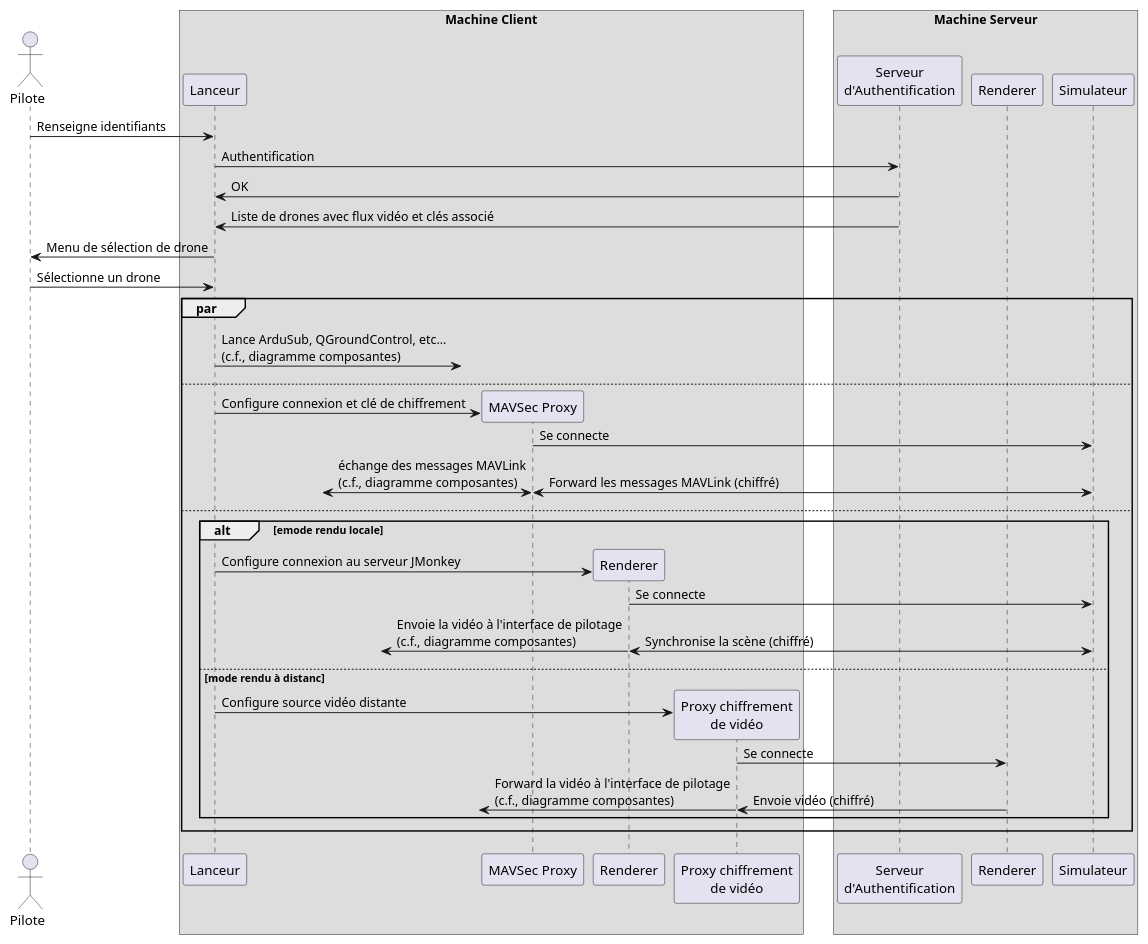
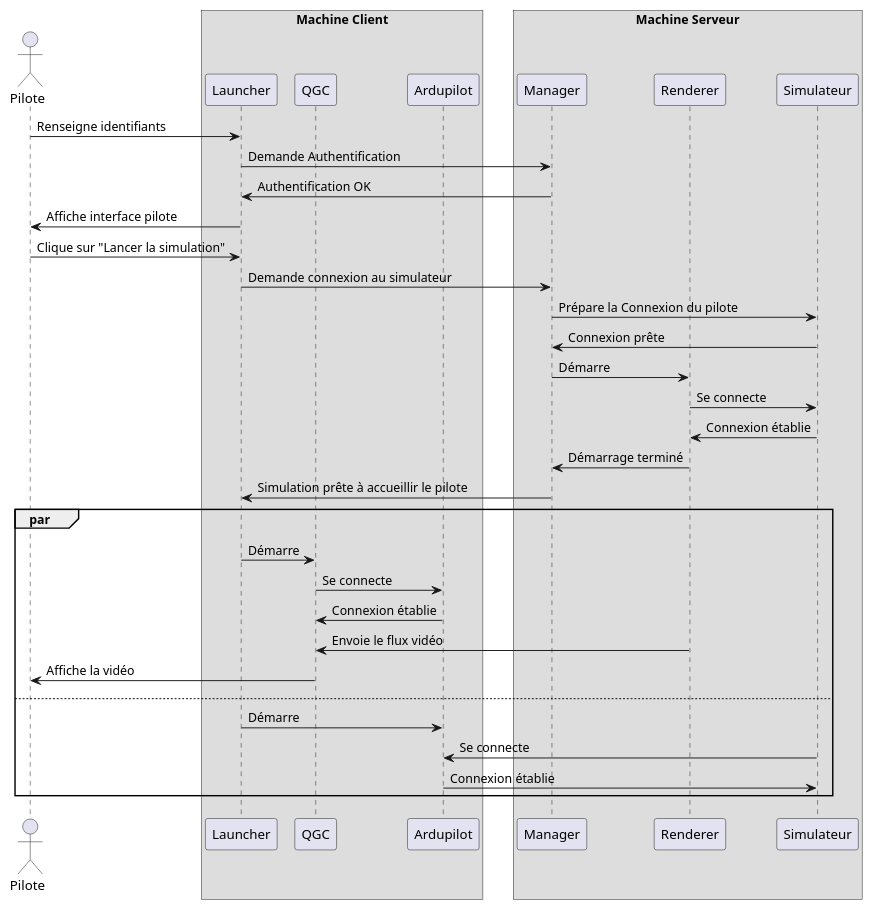
Before and after one commit to tombartos/SAE-DRONE: the diagram in doc/conn_pilote_seq.puml, drawn with PlantUML. The commit also changed 5 other files, not shown here.

```diff
--- a/doc/conn_pilote_seq.puml
+++ b/doc/conn_pilote_seq.puml
@@ -1,61 +1,53 @@
 @startuml
 
 !pragma teoz true
 
 skinparam BoxPadding 10
 
 actor Pilote
 
 box "Machine Client"
-    participant Lanceur
-    participant "MAVSec Proxy" as ProxyClient
-    participant "Renderer" as RendererLocal
-    participant "Proxy chiffrement\nde vidéo" as Décodeur
+    participant Launcher
+    participant "QGC" as QGC
+    participant "Ardupilot" as ArduPilot
 end box
 
 box "Machine Serveur"
-    participant "Serveur\nd'Authentification" as Auth
+    participant "Manager" as Manager
     participant "Renderer" as RendererRemote
     participant Simulateur
 end box
 
-Pilote -> Lanceur : Renseigne identifiants
-Lanceur -> Auth : Authentification
-Auth -> Lanceur : OK
-Auth -> Lanceur : Liste de drones avec flux vidéo et clés associé
-Lanceur -> Pilote : Menu de sélection de drone
-Pilote -> Lanceur : Sélectionne un drone
+Pilote -> Launcher : Renseigne identifiants
+Launcher -> Manager : Demande Authentification
+Manager -> Launcher : Authentification OK
+Launcher -> Pilote : Affiche interface pilote
+Pilote -> Launcher : Clique sur "Lancer la simulation"
+Launcher -> Manager : Demande connexion au simulateur
+Manager -> Simulateur : Prépare la Connexion du pilote
+Simulateur -> Manager : Connexion prête
+Manager -> RendererRemote : Démarre
+RendererRemote -> Simulateur : Se connecte
+Simulateur -> RendererRemote : Connexion établie
+RendererRemote -> Manager : Démarrage terminé
+Manager -> Launcher : Simulation prête à accueillir le pilote
 
 par
+Launcher -> QGC : Démarre
+QGC -> ArduPilot : Se connecte
+ArduPilot -> QGC : Connexion établie
+RendererRemote -> QGC : Envoie le flux vidéo
+QGC -> Pilote : Affiche la vidéo
+else
+Launcher -> ArduPilot : Démarre
+ArduPilot <- Simulateur : Se connecte
+Simulateur <- ArduPilot : Connexion établie
 
-Lanceur ->? : Lance ArduSub, QGroundControl, etc...\n(c.f., diagramme composantes)
 
-else
 
-Lanceur -> ProxyClient ** : Configure connexion et clé de chiffrement
 
-ProxyClient -> Simulateur : Se connecte
-?<-> ProxyClient : échange des messages MAVLink\n(c.f., diagramme composantes)
-& ProxyClient <-> Simulateur : Forward les messages MAVLink (chiffré)
 
-else
 
-alt emode rendu locale
 
-    Lanceur -> RendererLocal ** : Configure connexion au serveur JMonkey
-    RendererLocal -> Simulateur : Se connecte
-    RendererLocal <-> Simulateur : Synchronise la scène (chiffré)
-    & ?<- RendererLocal : Envoie la vidéo à l'interface de pilotage\n(c.f., diagramme composantes)
-
-else mode rendu à distanc
-
-    Lanceur -> Décodeur ** : Configure source vidéo distante
-    Décodeur -> RendererRemote : Se connecte
-    Décodeur <- RendererRemote : Envoie vidéo (chiffré)
-    & ?<- Décodeur : Forward la vidéo à l'interface de pilotage\n(c.f., diagramme composantes)
-
-end
-
-end
 
 @enduml
```
